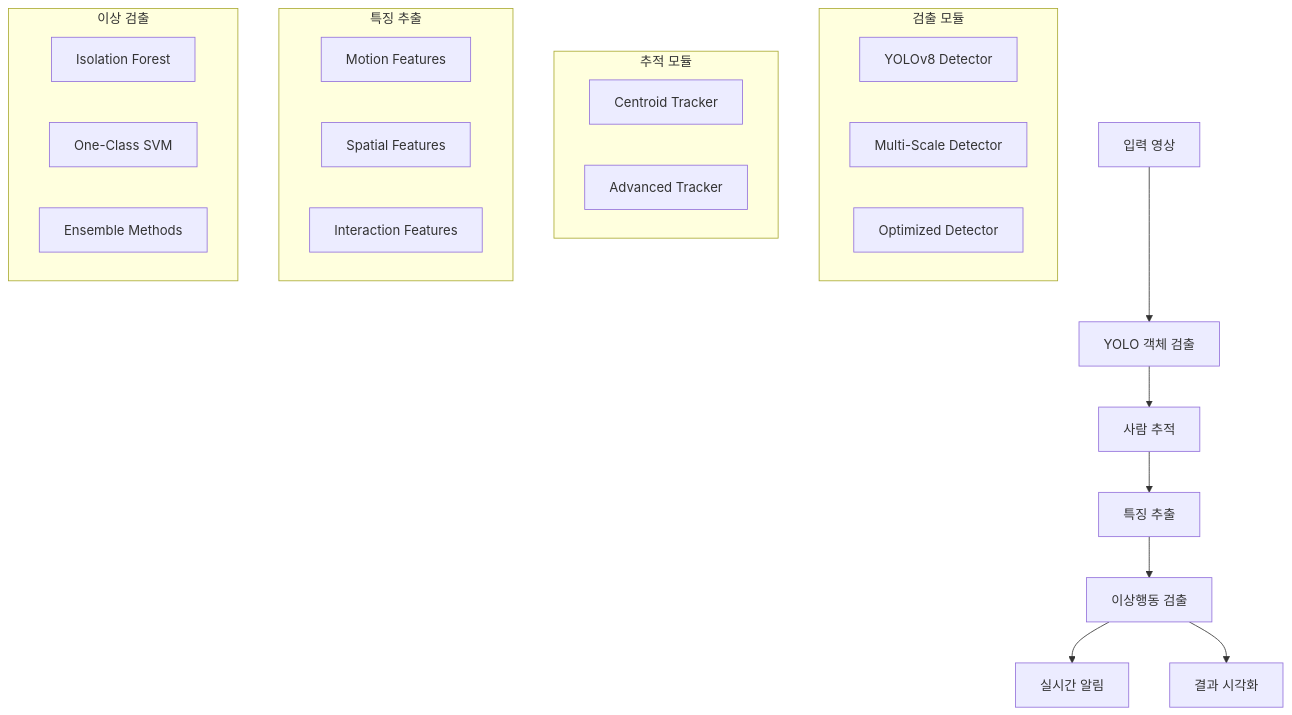
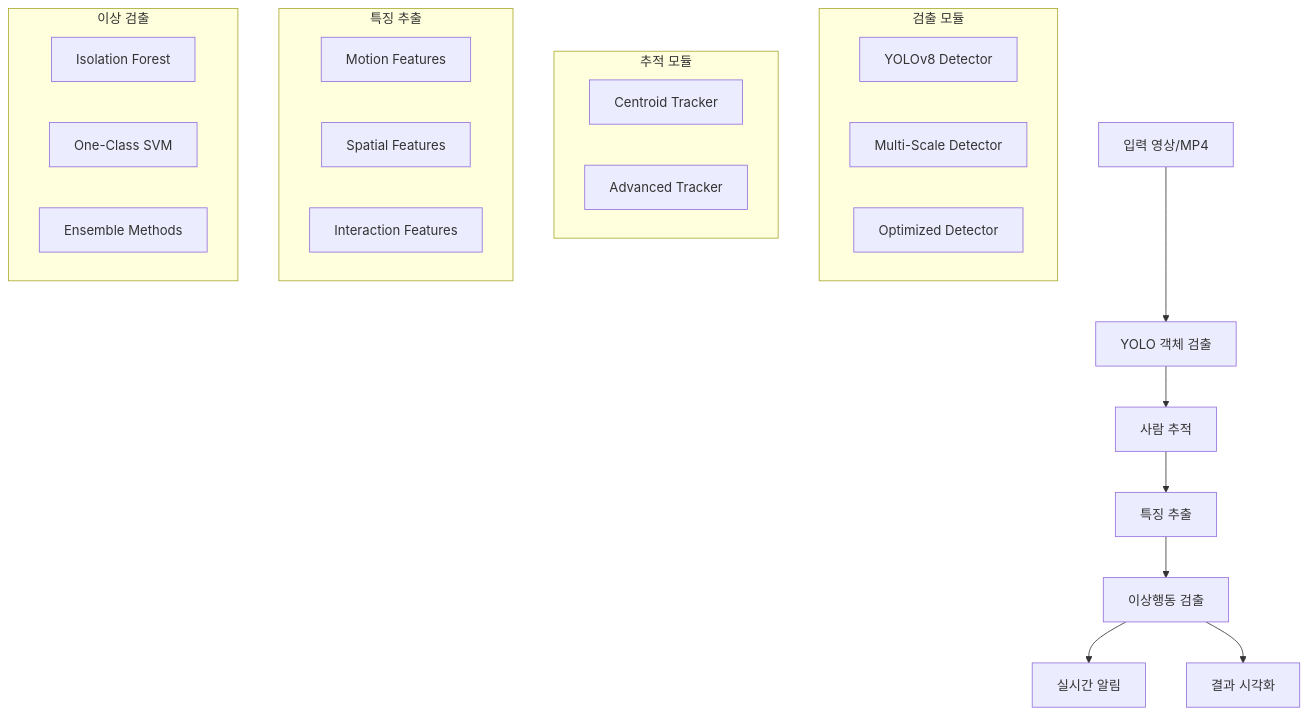
Before and after one commit to duck3244/yolo-anomaly-detection: the diagram in README.md, drawn with Mermaid. The commit also changed other lines of this file and 3 other files, not shown here.

````diff
--- a/README.md
+++ b/README.md
@@ -34,32 +36,32 @@
 ```mermaid
 graph TB
-    A[입력 영상] --> B[YOLO 객체 검출]
+    A[입력 영상/MP4] --> B[YOLO 객체 검출]
     B --> C[사람 추적]
     C --> D[특징 추출]
     D --> E[이상행동 검출]
     E --> F[실시간 알림]
     E --> G[결과 시각화]
     
     subgraph "검출 모듈"
         B1[YOLOv8 Detector]
         B2[Multi-Scale Detector] 
         B3[Optimized Detector]
     end
     
     subgraph "추적 모듈"
         C1[Centroid Tracker]
         C2[Advanced Tracker]
     end
     
     subgraph "특징 추출"
         D1[Motion Features]
         D2[Spatial Features]
         D3[Interaction Features]
     end
     
     subgraph "이상 검출"
         E1[Isolation Forest]
         E2[One-Class SVM]
         E3[Ensemble Methods]
     end
 ```
````
